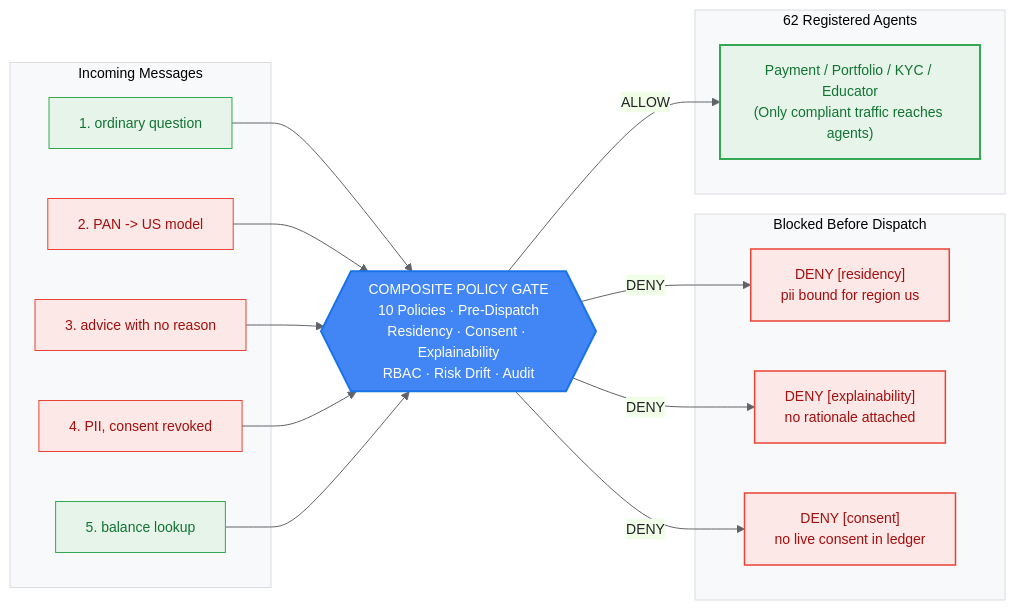
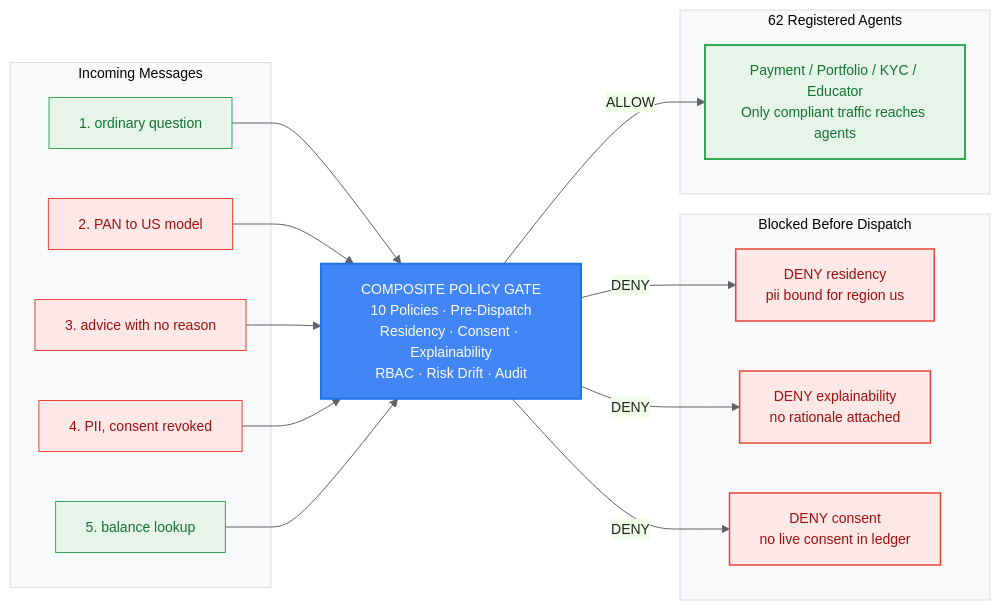
The second of 6 diagrams in README.md (PratikDhanave/Build-For-RBI-Inherit-The-EU-AI-Act), drawn with Mermaid before and after one commit. The commit also changed other lines of this file and 8 other files, not shown here.

Commit message:
Fix Mermaid diagram rendering on GitHub, add official RBI FREE-AI PDF link, and fix RFC issue links

````diff
--- a/README.md
+++ b/README.md
@@ -123,57 +111,45 @@
 ```mermaid
-%%{init: {
-  "theme": "base",
-  "themeVariables": {
-    "fontFamily": "Google Sans, Roboto, Helvetica Neue, Arial, sans-serif",
-    "fontSize": "14px",
-    "primaryColor": "#E8F0FE",
-    "primaryTextColor": "#202124",
-    "primaryBorderColor": "#4285F4",
-    "lineColor": "#5F6368",
-    "clusterBkg": "#F8F9FA",
-    "clusterBorder": "#DADCE0"
-  }
-}}%%
+%%{init: {"theme": "base", "themeVariables": {"fontFamily": "Google Sans, Roboto, Helvetica Neue, Arial, sans-serif", "fontSize": "14px", "primaryColor": "#E8F0FE", "primaryTextColor": "#202124", "primaryBorderColor": "#4285F4", "lineColor": "#5F6368", "clusterBkg": "#F8F9FA", "clusterBorder": "#DADCE0"}}}%%
 flowchart LR
     subgraph IN["Incoming Messages"]
         M1["1. ordinary question"]
-        M2["2. PAN -> US model"]
+        M2["2. PAN to US model"]
         M3["3. advice with no reason"]
         M4["4. PII, consent revoked"]
         M5["5. balance lookup"]
     end
 
-    GATE{{"COMPOSITE POLICY GATE<br/>10 Policies · Pre-Dispatch<br/>Residency · Consent · Explainability<br/>RBAC · Risk Drift · Audit"}}
+    GATE["COMPOSITE POLICY GATE<br/>10 Policies · Pre-Dispatch<br/>Residency · Consent · Explainability<br/>RBAC · Risk Drift · Audit"]
 
     subgraph DENY["Blocked Before Dispatch"]
-        D2["DENY [residency]<br/>pii bound for region us"]
-        D3["DENY [explainability]<br/>no rationale attached"]
-        D4["DENY [consent]<br/>no live consent in ledger"]
+        D2["DENY residency<br/>pii bound for region us"]
+        D3["DENY explainability<br/>no rationale attached"]
+        D4["DENY consent<br/>no live consent in ledger"]
     end
 
     subgraph AGENTS["62 Registered Agents"]
-        A1["Payment / Portfolio / KYC / Educator<br/>(Only compliant traffic reaches agents)"]
+        A1["Payment / Portfolio / KYC / Educator<br/>Only compliant traffic reaches agents"]
     end
 
     M1 --> GATE
     M2 --> GATE
     M3 --> GATE
     M4 --> GATE
     M5 --> GATE
 
     GATE -->|"ALLOW"| A1
     GATE -->|"DENY"| D2
     GATE -->|"DENY"| D3
     GATE -->|"DENY"| D4
 
     style M1 fill:#E6F4EA,stroke:#34A853,color:#137333
     style M2 fill:#FCE8E6,stroke:#EA4335,color:#A50E0E
     style M3 fill:#FCE8E6,stroke:#EA4335,color:#A50E0E
     style M4 fill:#FCE8E6,stroke:#EA4335,color:#A50E0E
     style M5 fill:#E6F4EA,stroke:#34A853,color:#137333
     style GATE fill:#4285F4,stroke:#1A73E8,stroke-width:2px,color:#FFFFFF
     style D2 fill:#FCE8E6,stroke:#EA4335,stroke-width:1.5px,color:#A50E0E
     style D3 fill:#FCE8E6,stroke:#EA4335,stroke-width:1.5px,color:#A50E0E
     style D4 fill:#FCE8E6,stroke:#EA4335,stroke-width:1.5px,color:#A50E0E
     style A1 fill:#E6F4EA,stroke:#34A853,stroke-width:2px,color:#137333
 ```
````
